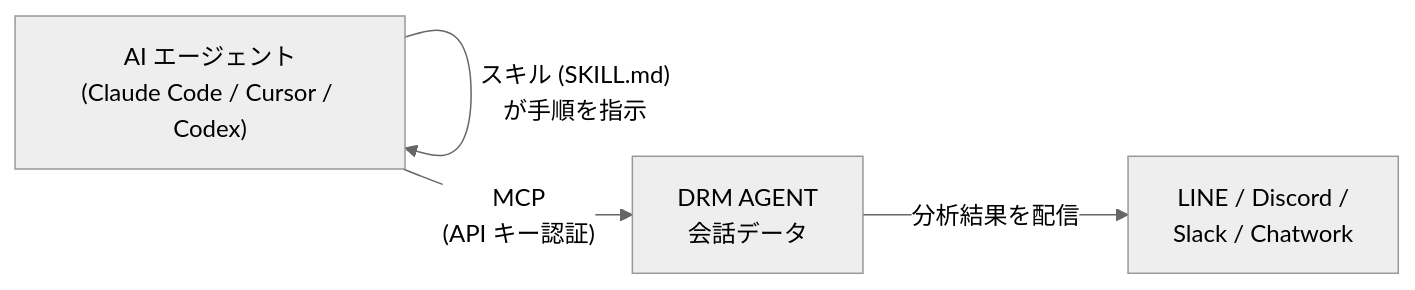
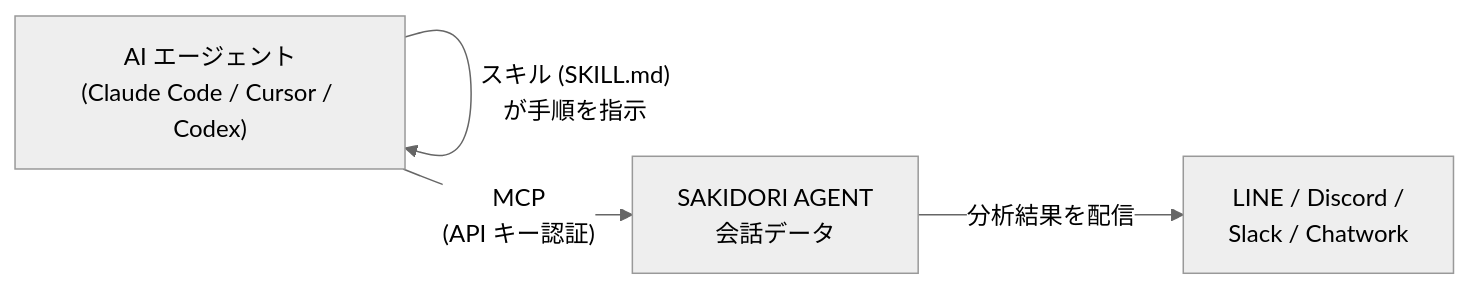
One commit to line-ec-lea/drm-agent-skills changed the diagram in README.md. Above: the diagram before and after it, drawn with Mermaid (neutral theme). The commit also changed other lines of this file and 11 other files, not shown here.

First line of the commit message:
docs: サービス名を SAKIDORI AGENT に変更する

````diff
--- a/README.md
+++ b/README.md
@@ -40,6 +40,6 @@
 ```mermaid
 flowchart LR
     A["AI エージェント<br/>(Claude Code / Cursor / Codex)"] -- "スキル (SKILL.md)<br/>が手順を指示" --> A
-    A -- "MCP<br/>(API キー認証)" --> B["DRM AGENT<br/>会話データ"]
+    A -- "MCP<br/>(API キー認証)" --> B["SAKIDORI AGENT<br/>会話データ"]
     B -- "分析結果を配信" --> C["LINE / Discord /<br/>Slack / Chatwork"]
 ```
````
